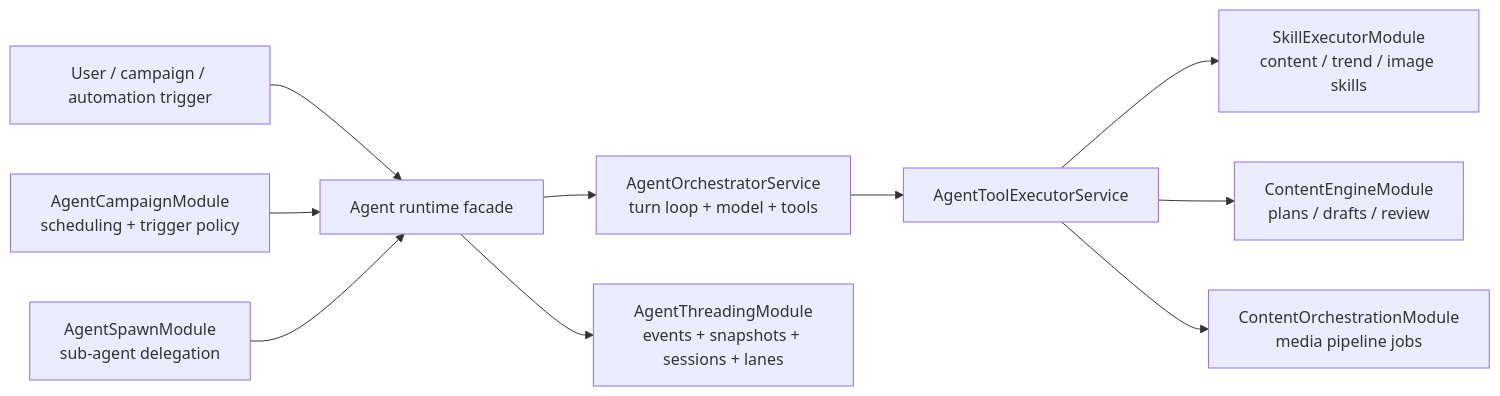
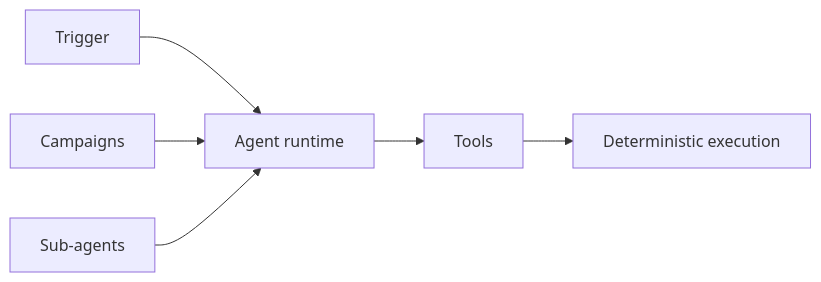
One commit to genfeedai/genfeed.ai changed the diagram in apps/docs/content/core-loop/agent-orchestration.mdx. Above: the diagram before and after it, drawn with Mermaid. The commit also changed other lines of this file and 6 other files, not shown here.

First line of the commit message:
docs: trim the core-loop diagrams and code-path breadcrumbs

````diff
--- a/apps/docs/content/core-loop/agent-orchestration.mdx
+++ b/apps/docs/content/core-loop/agent-orchestration.mdx
@@ -35,12 +9,8 @@
 ```mermaid
 flowchart LR
-  A["User / campaign / automation trigger"] --> B["Agent runtime facade"]
-  B --> C["AgentOrchestratorService\nturn loop + model + tools"]
-  B --> D["AgentThreadingModule\nevents + snapshots + sessions + lanes"]
-  C --> E["AgentToolExecutorService"]
-  E --> F["SkillExecutorModule\ncontent / trend / image skills"]
-  E --> G["ContentEngineModule\nplans / drafts / review"]
-  E --> H["ContentOrchestrationModule\nmedia pipeline jobs"]
-  I["AgentCampaignModule\nscheduling + trigger policy"] --> B
-  J["AgentSpawnModule\nsub-agent delegation"] --> B
+  A["Trigger"] --> B["Agent runtime"]
+  C["Campaigns"] --> B
+  D["Sub-agents"] --> B
+  B --> E["Tools"]
+  E --> F["Deterministic execution"]
 ```
````
